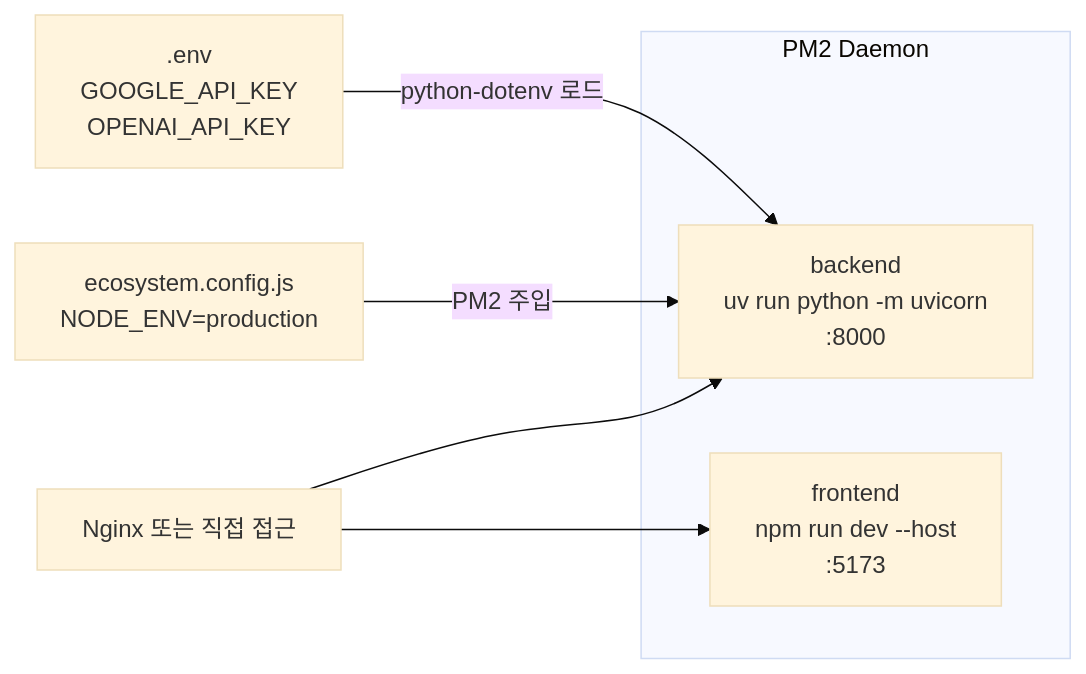
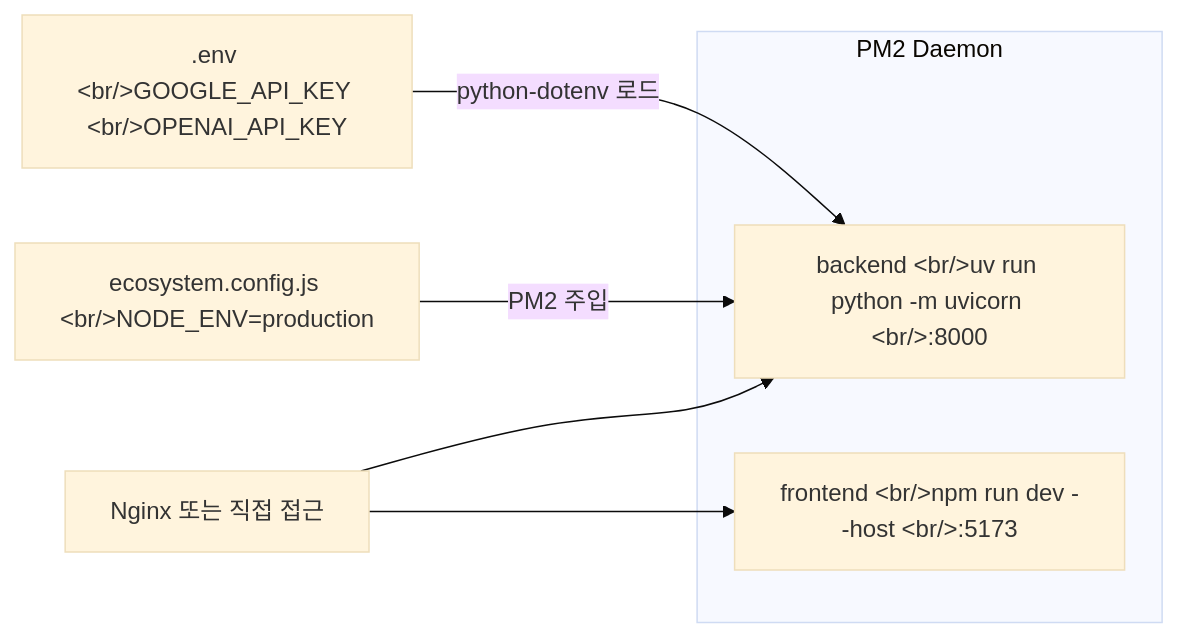
One commit to ice-ice-bear/ice-ice-bear.github.io changed the second of 2 diagrams in content/posts/2026-02-25-pm2-process-manager-ecosystem.md. Above: the diagram before and after it, drawn with Mermaid (base theme). The commit also changed other lines of this file and 5 other files, not shown here.

First line of the commit message:
fix: use HTML entities for <br/> in mermaid labels to prevent Hugo safeHTML rendering

````diff
--- a/content/posts/2026-02-25-pm2-process-manager-ecosystem.md
+++ b/content/posts/2026-02-25-pm2-process-manager-ecosystem.md
@@ -203,11 +203,11 @@
 ```mermaid
 graph LR
     subgraph "PM2 Daemon"
-        A["backend<br/>uv run python -m uvicorn<br/>:8000"]
-        B["frontend<br/>npm run dev --host<br/>:5173"]
+        A["backend &lt;br/&gt;uv run python -m uvicorn &lt;br/&gt;:8000"]
+        B["frontend &lt;br/&gt;npm run dev --host &lt;br/&gt;:5173"]
     end
-    C[".env<br/>GOOGLE_API_KEY<br/>OPENAI_API_KEY"] -->|python-dotenv 로드| A
-    D["ecosystem.config.js<br/>NODE_ENV=production"] -->|PM2 주입| A
+    C[".env &lt;br/&gt;GOOGLE_API_KEY &lt;br/&gt;OPENAI_API_KEY"] -->|python-dotenv 로드| A
+    D["ecosystem.config.js &lt;br/&gt;NODE_ENV=production"] -->|PM2 주입| A
     E[Nginx 또는 직접 접근] --> A
     E --> B
 ```
````
